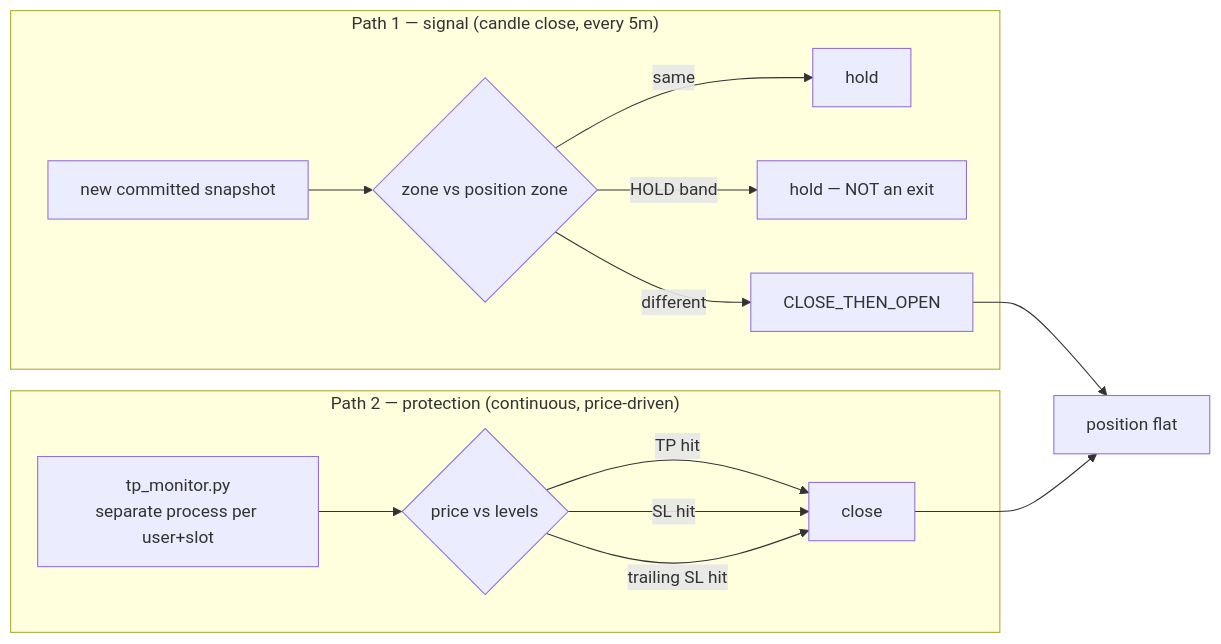
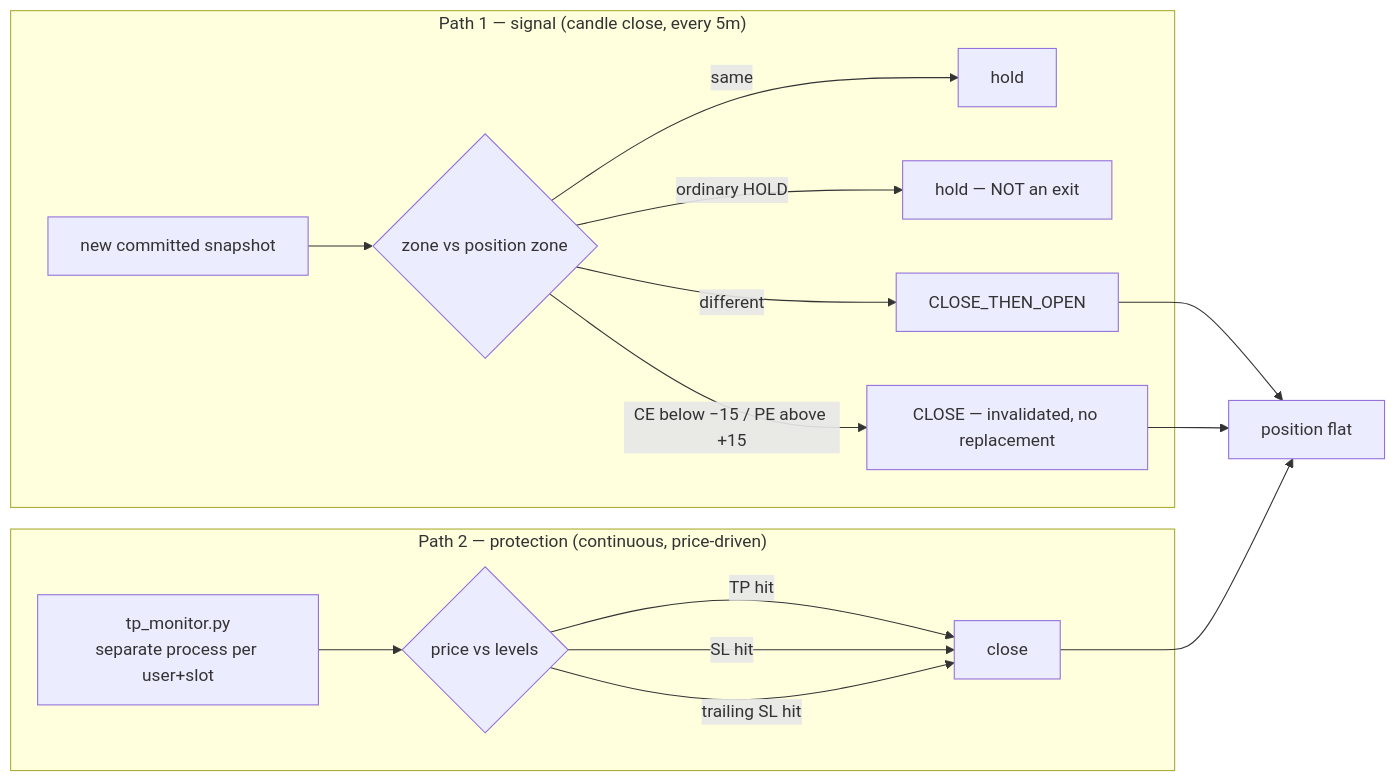
Before and after one commit to kavinagaran/Delta.Exchange.Mathi: the second of 2 diagrams in docs/trade-lifecycle-flow.md, drawn with Mermaid. The commit also changed other lines of this file and 27 other files, not shown here.

````diff
--- a/docs/trade-lifecycle-flow.md
+++ b/docs/trade-lifecycle-flow.md
@@ -59,19 +59,21 @@
 ```mermaid
 flowchart LR
     subgraph SIG["Path 1 — signal (candle close, every 5m)"]
       A1["new committed snapshot"] --> A2{"zone vs position zone"}
       A2 -->|same| A3["hold"]
-      A2 -->|"HOLD band"| A4["hold — NOT an exit"]
+      A2 -->|"ordinary HOLD"| A4["hold — NOT an exit"]
+      A2 -->|"CE below −15 / PE above +15"| A6["CLOSE — invalidated, no replacement"]
       A2 -->|different| A5["CLOSE_THEN_OPEN"]
     end
 
     subgraph PROT["Path 2 — protection (continuous, price-driven)"]
       B1["tp_monitor.py<br/>separate process per user+slot"] --> B2{"price vs levels"}
       B2 -->|"TP hit"| B3["close"]
       B2 -->|"SL hit"| B3
       B2 -->|"trailing SL hit"| B3
     end
 
     A5 --> C1["position flat"]
+    A6 --> C1
     B3 --> C1
 ```
````
